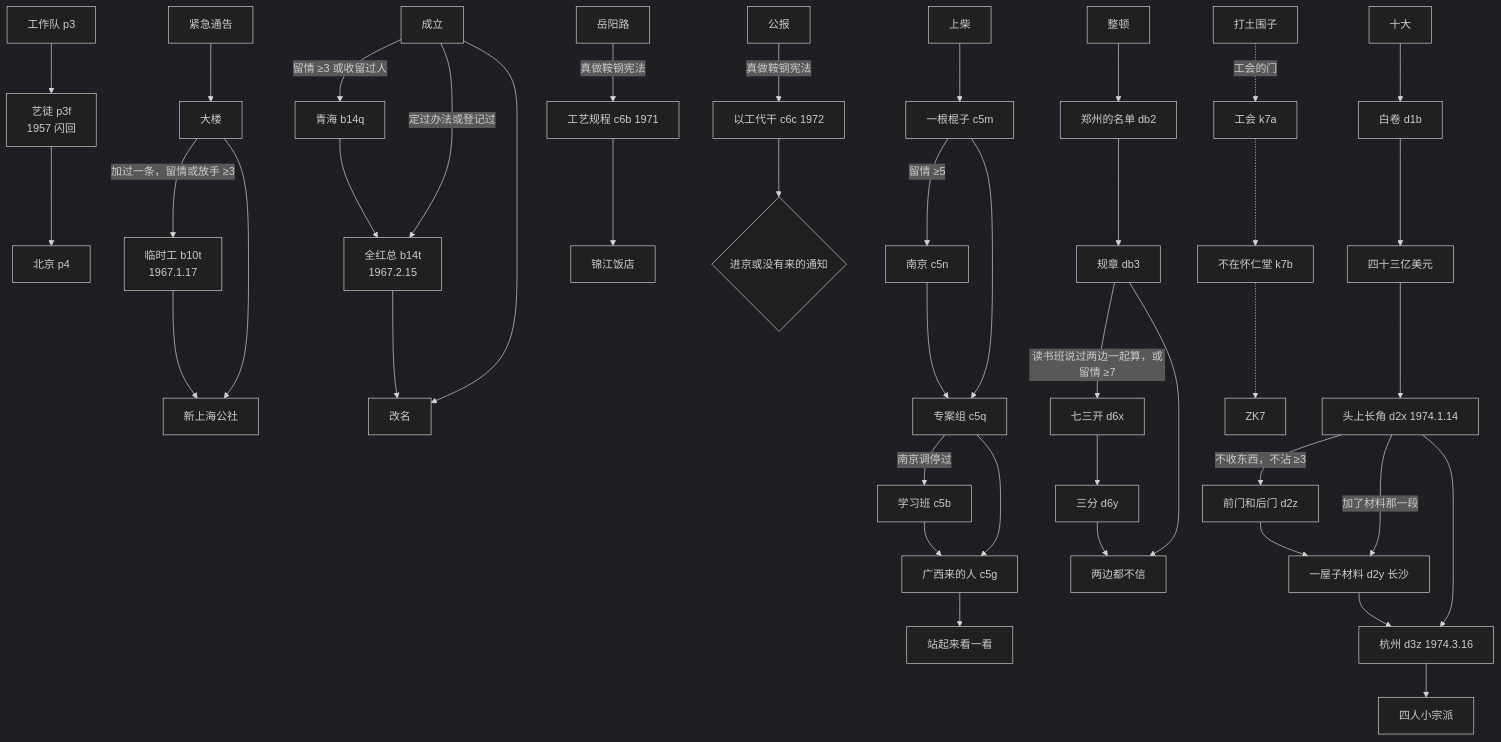
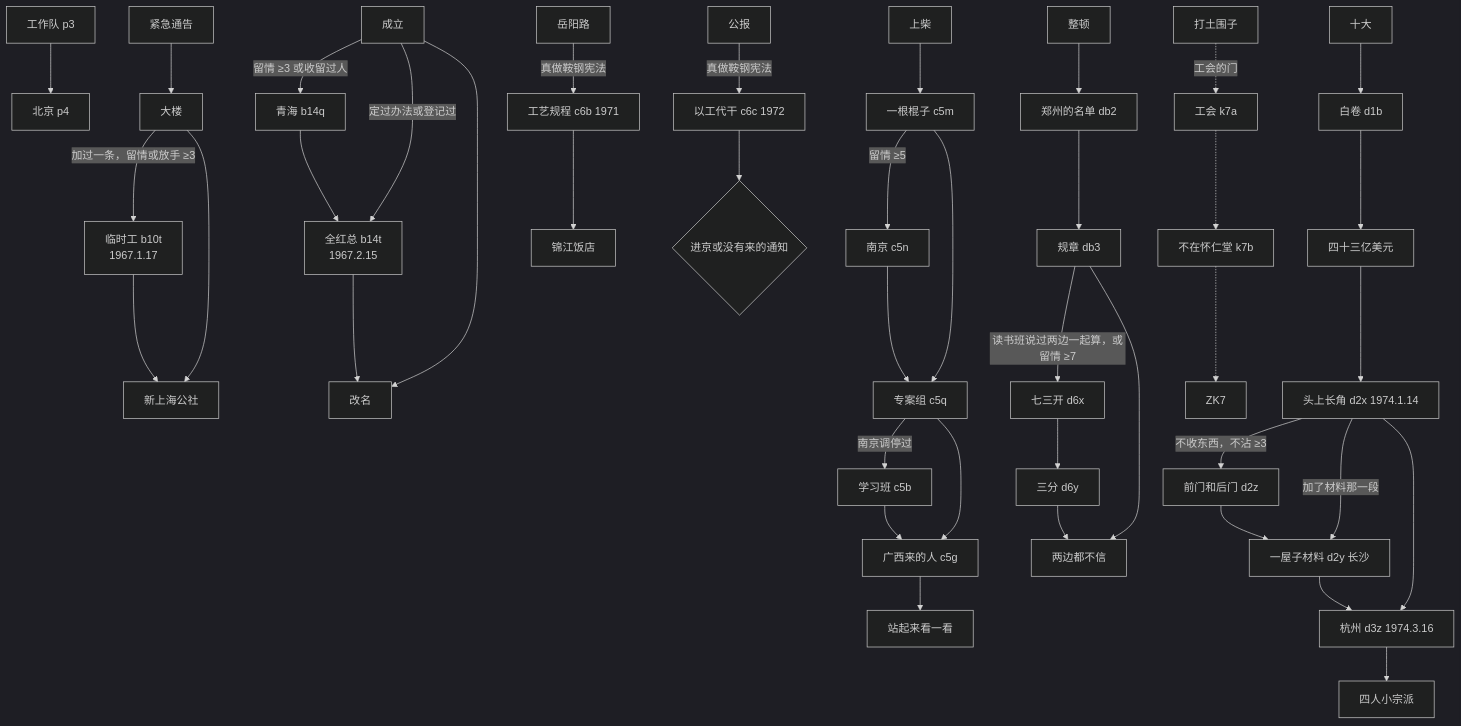
One commit to buendiyashaoxiao/meng-yu-feimeng changed the second of 2 diagrams in docs/剧情线路图.md. Above: the diagram before and after it, drawn with Mermaid (dark theme). The commit also changed 7 other files, not shown here.

````diff
--- a/docs/剧情线路图.md
+++ b/docs/剧情线路图.md
@@ -234,24 +234,24 @@
 ```mermaid
 flowchart TD
-  P3[工作队 p3] --> P3F[艺徒 p3f<br/>1957 闪回] --> P4[北京 p4]
+  P3[工作队 p3] --> P4[北京 p4]
   B10[紧急通告] --> B11[大楼]
   B11 -->|加过一条，留情或放手 ≥3| B10T[临时工 b10t<br/>1967.1.17] --> B12[新上海公社]
   B11 --> B12
   B14[成立] -->|留情 ≥3 或收留过人| B14Q[青海 b14q] --> B14T
   B14 -->|定过办法或登记过| B14T[全红总 b14t<br/>1967.2.15] --> B15[改名]
   B14 --> B15
   C5[上柴] --> C5M[一根棍子 c5m] -->|留情 ≥5| C5N[南京 c5n] --> C5Q
   C5M --> C5Q[专案组 c5q] -->|南京调停过| C5B[学习班 c5b] --> C5G
   C5Q --> C5G[广西来的人 c5g] --> C6[站起来看一看]
   C8[岳阳路] -->|真做鞍钢宪法| C6B[工艺规程 c6b 1971] --> C9[锦江饭店]
   C9B[公报] -->|真做鞍钢宪法| C6C[以工代干 c6c 1972] --> C10{进京或没有来的通知}
   D1[十大] --> D1B[白卷 d1b] --> D1A[四十三亿美元] --> D2X[头上长角 d2x 1974.1.14]
   D2X -->|不收东西，不沾 ≥3| D2Z[前门和后门 d2z]
   D2X -->|加了材料那一段| D2Y[一屋子材料 d2y 长沙]
   D2Z --> D2Y
   D2X --> D3Z[杭州 d3z 1974.3.16]
   D2Y --> D3Z --> D2[四人小宗派]
   DB0[整顿] --> DB2[郑州的名单 db2] --> DB3[规章 db3] -->|读书班说过两边一起算，或留情 ≥7| D6X[七三开 d6x] --> D6Y[三分 d6y] --> DB1[两边都不信]
   DB3 --> DB1
   D6[打土围子] -.->|工会的门| K7A[工会 k7a] -.-> K7B[不在怀仁堂 k7b] -.-> ZK7
 ```
````
